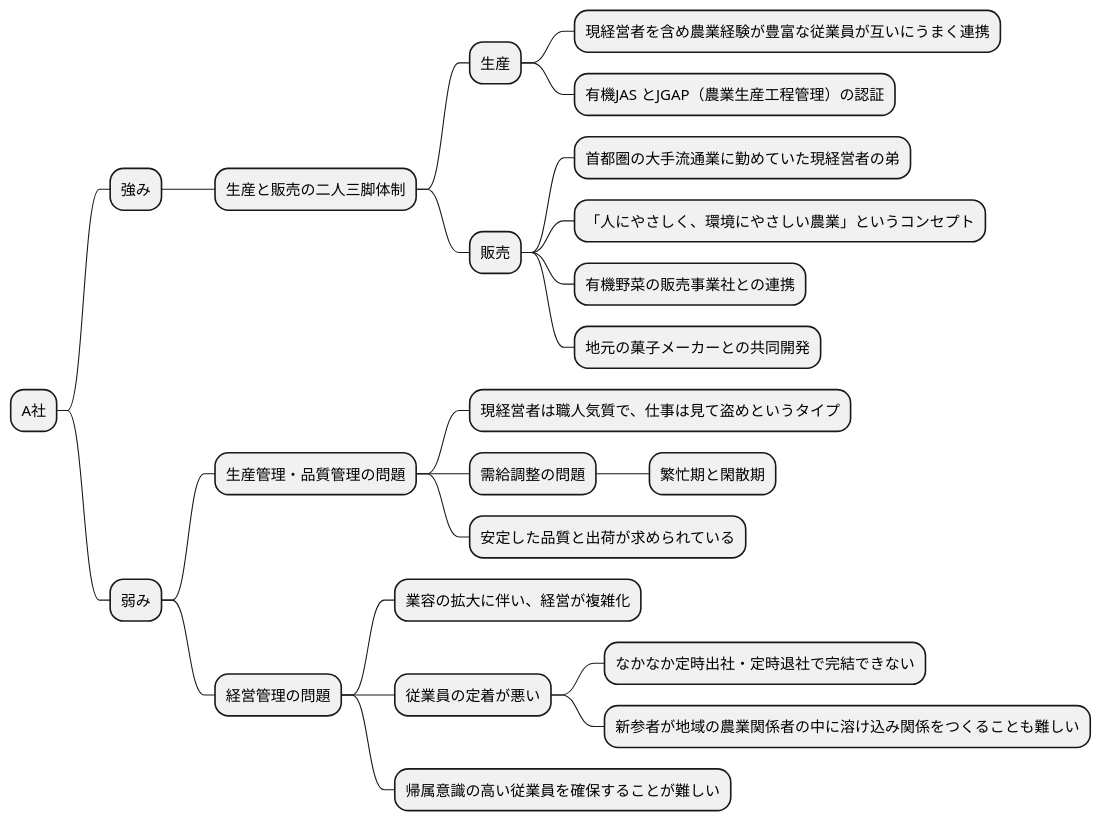
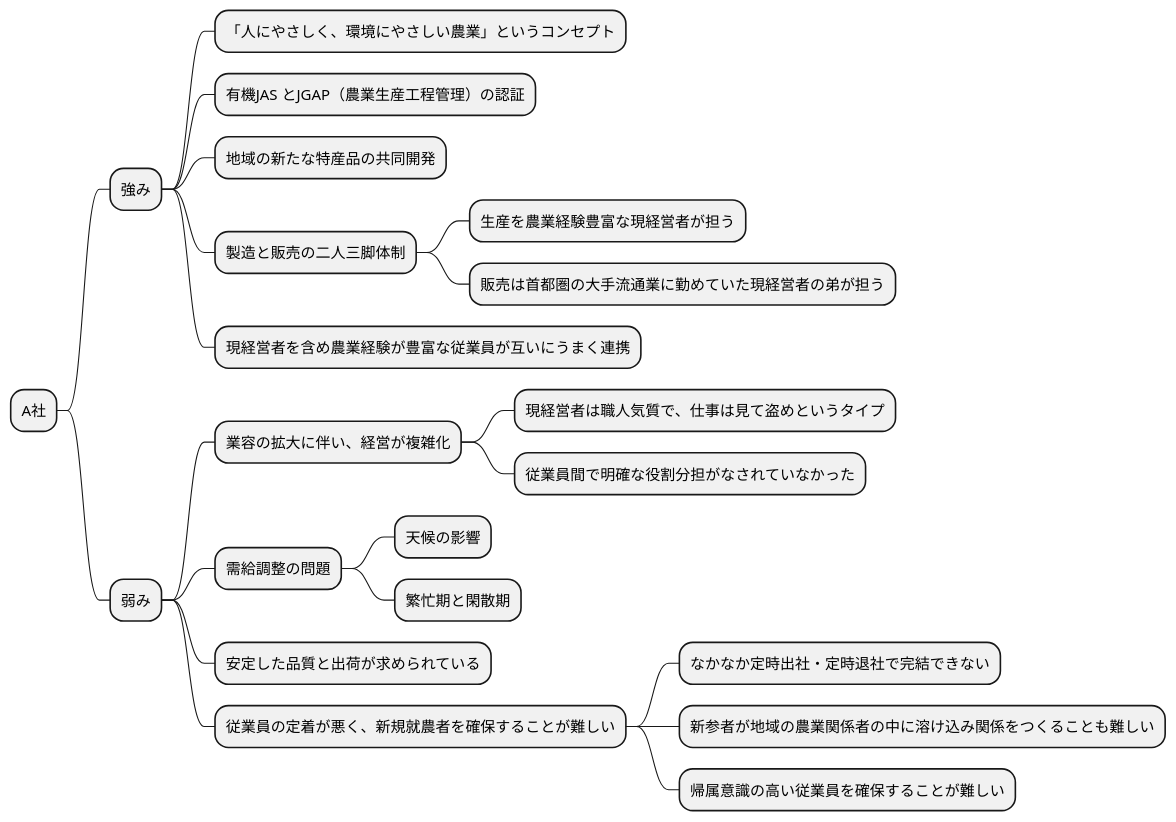
The first of 15 diagrams in docs/R04/study/take01.md (k2works/requirements_definition_excercise), drawn with PlantUML before and after one commit. The commit also changed other lines of this file, not shown here.

````diff
--- a/docs/R04/study/take01.md
+++ b/docs/R04/study/take01.md
@@ -44,27 +44,25 @@
 ```plantuml
 @startmindmap
 * A社
 ** 強み
-*** 生産と販売の二人三脚体制
-**** 生産
-***** 現経営者を含め農業経験が豊富な従業員が互いにうまく連携
-***** 有機JAS とJGAP（農業生産工程管理）の認証
-**** 販売
-***** 首都圏の大手流通業に勤めていた現経営者の弟
-***** 「人にやさしく、環境にやさしい農業」というコンセプト
-***** 有機野菜の販売事業社との連携
-***** 地元の菓子メーカーとの共同開発
+*** 「人にやさしく、環境にやさしい農業」というコンセプト
+*** 有機JAS とJGAP（農業生産工程管理）の認証
+*** 地域の新たな特産品の共同開発
+*** 製造と販売の二人三脚体制
+**** 生産を農業経験豊富な現経営者が担う
+**** 販売は首都圏の大手流通業に勤めていた現経営者の弟が担う
+*** 現経営者を含め農業経験が豊富な従業員が互いにうまく連携
 ** 弱み
-*** 生産管理・品質管理の問題
+*** 業容の拡大に伴い、経営が複雑化
 **** 現経営者は職人気質で、仕事は見て盗めというタイプ
-**** 需給調整の問題
-***** 繁忙期と閑散期
-**** 安定した品質と出荷が求められている
-*** 経営管理の問題
-**** 業容の拡大に伴い、経営が複雑化
-**** 従業員の定着が悪い
-***** なかなか定時出社・定時退社で完結できない
-***** 新参者が地域の農業関係者の中に溶け込み関係をつくることも難しい
+**** 従業員間で明確な役割分担がなされていなかった
+*** 需給調整の問題
+**** 天候の影響
+**** 繁忙期と閑散期
+*** 安定した品質と出荷が求められている
+*** 従業員の定着が悪く、新規就農者を確保することが難しい
+**** なかなか定時出社・定時退社で完結できない
+**** 新参者が地域の農業関係者の中に溶け込み関係をつくることも難しい
 **** 帰属意識の高い従業員を確保することが難しい
 @endmindmap
 ```
````
